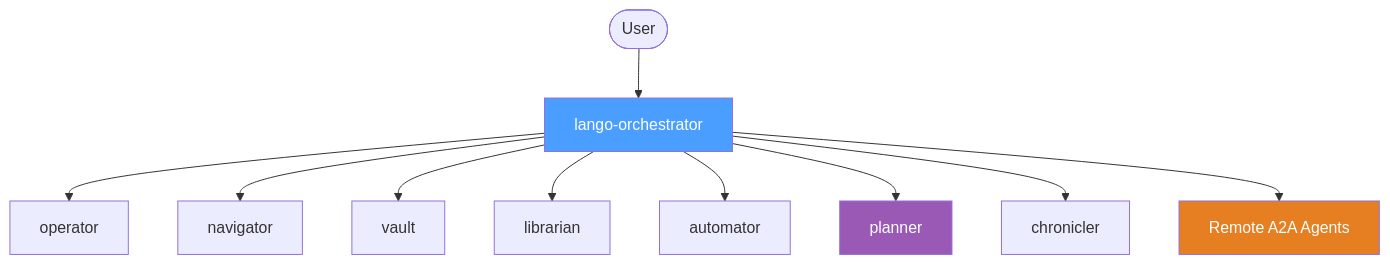
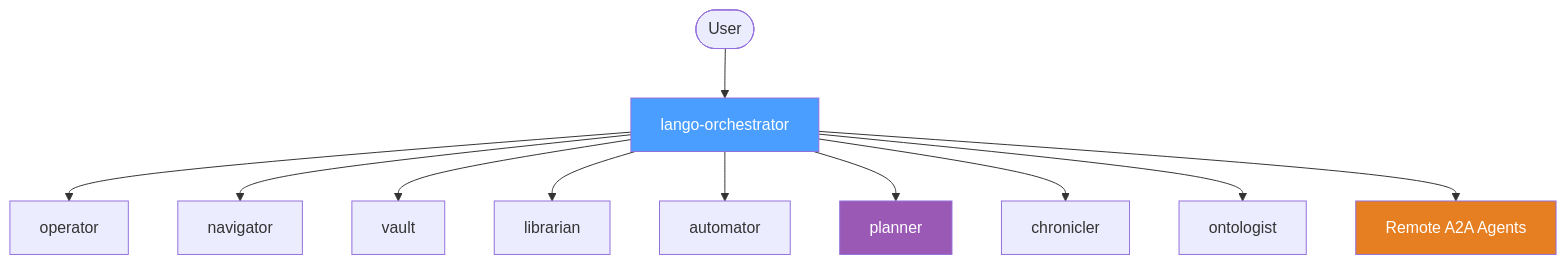
The diagram in docs/features/multi-agent.md (langoai/lango), drawn with Mermaid before and after one commit. The commit also changed other lines of this file and 17 other files, not shown here.

````diff
--- a/docs/features/multi-agent.md
+++ b/docs/features/multi-agent.md
@@ -11,16 +11,17 @@
 ```mermaid
 graph TD
     User([User]) --> O[lango-orchestrator]
     O --> OP[operator]
     O --> NAV[navigator]
     O --> V[vault]
     O --> LIB[librarian]
     O --> AUTO[automator]
     O --> PLAN[planner]
     O --> CHR[chronicler]
+    O --> ONT[ontologist]
     O --> RA[Remote A2A Agents]
 
     style O fill:#4a9eff,color:#fff
     style PLAN fill:#9b59b6,color:#fff
     style RA fill:#e67e22,color:#fff
 ```
````
